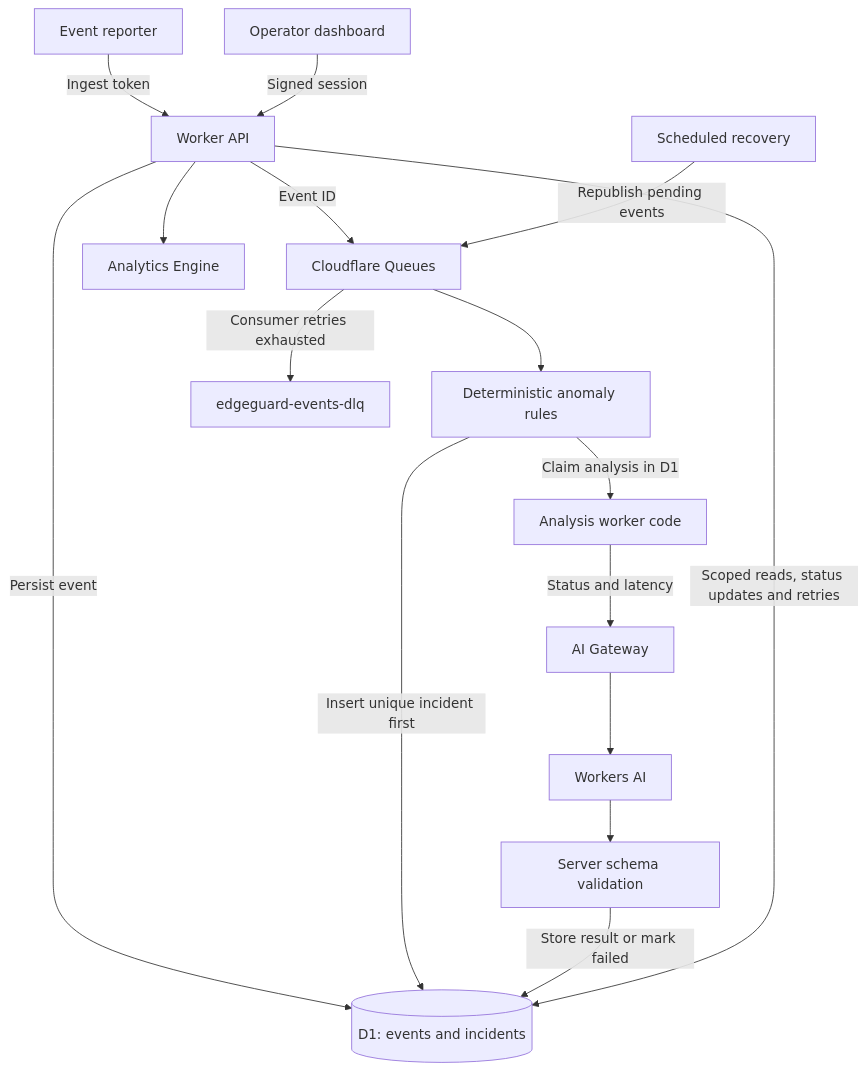
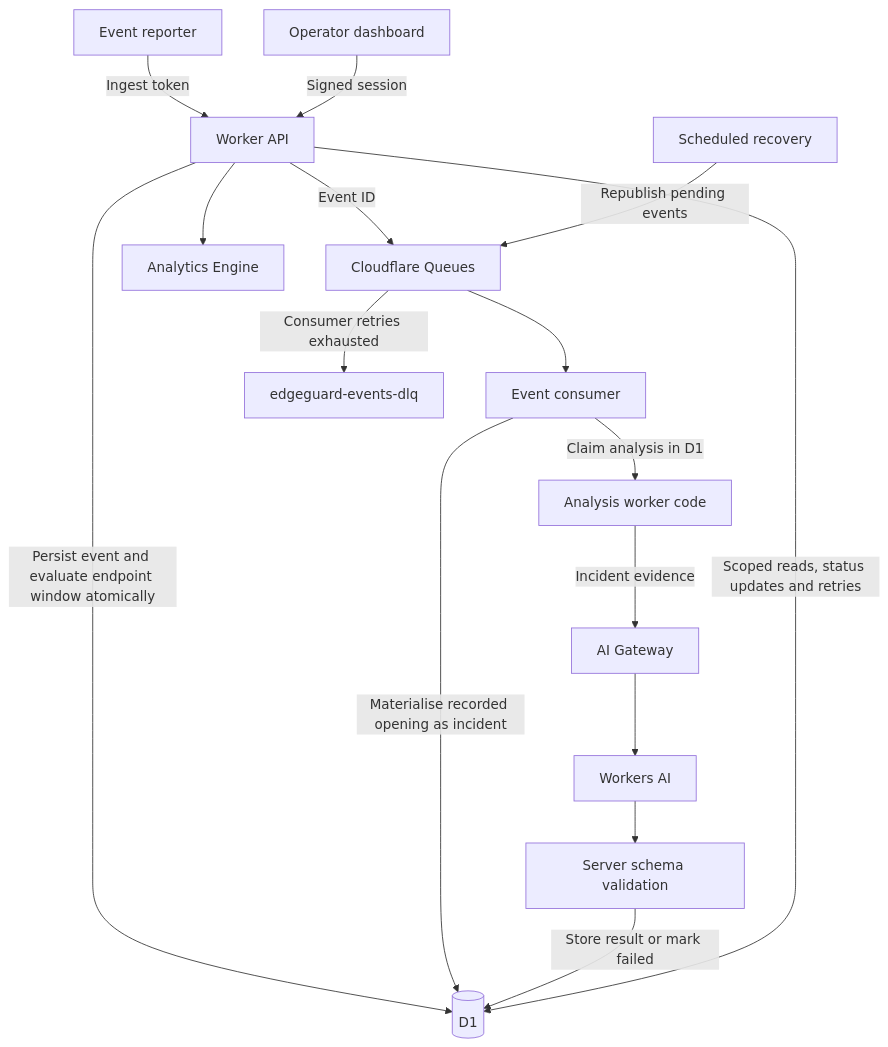
Before and after one commit to joaorodrigues0764/edgeguard: the diagram in README.md, drawn with Mermaid. The commit also changed other lines of this file and 14 other files, not shown here.

Commit message:
feat: implement stateful endpoint anomaly detection

````diff
--- a/README.md
+++ b/README.md
@@ -41,18 +43,18 @@
 ```mermaid
 flowchart TD
     Client[Event reporter] -->|Ingest token| Worker[Worker API]
-    Worker -->|Persist event| D1[(D1: events and incidents)]
+    Worker -->|Persist event and evaluate endpoint window atomically| D1[(D1)]
     Worker -->|Event ID| Queue[Cloudflare Queues]
     Cron[Scheduled recovery] -->|Republish pending events| Queue
-    Queue --> Rules[Deterministic anomaly rules]
+    Queue --> Consumer[Event consumer]
     Queue -->|Consumer retries exhausted| DLQ[edgeguard-events-dlq]
-    Rules -->|Insert unique incident first| D1
-    Rules -->|Claim analysis in D1| Analysis[Analysis worker code]
-    Analysis -->|Status and latency| Gateway[AI Gateway]
+    Consumer -->|Materialise recorded opening as incident| D1
+    Consumer -->|Claim analysis in D1| Analysis[Analysis worker code]
+    Analysis -->|Incident evidence| Gateway[AI Gateway]
     Gateway --> Model[Workers AI]
     Model --> Validate[Server schema validation]
     Validate -->|Store result or mark failed| D1
     Browser[Operator dashboard] -->|Signed session| Worker
     Worker -->|Scoped reads, status updates and retries| D1
     Worker --> Analytics[Analytics Engine]
 ```
````
